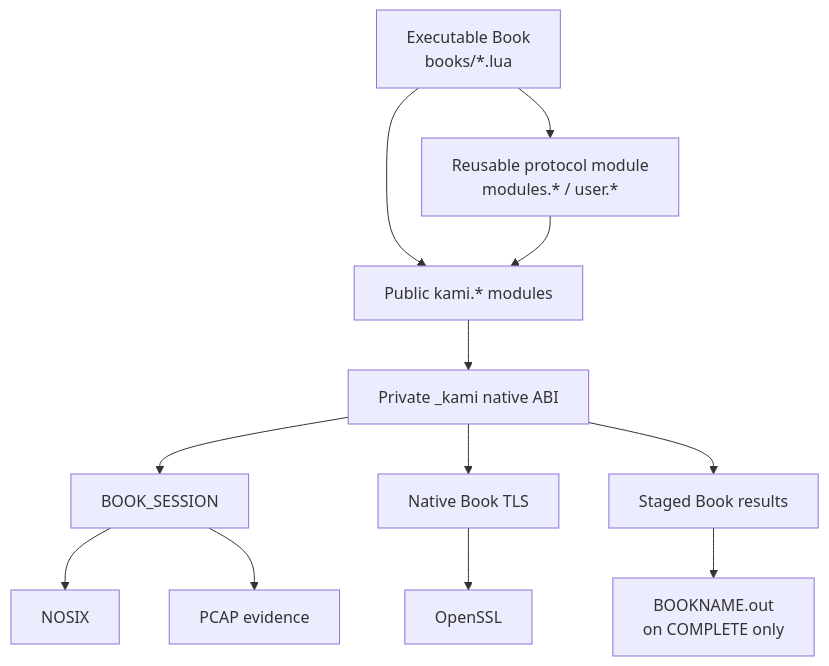
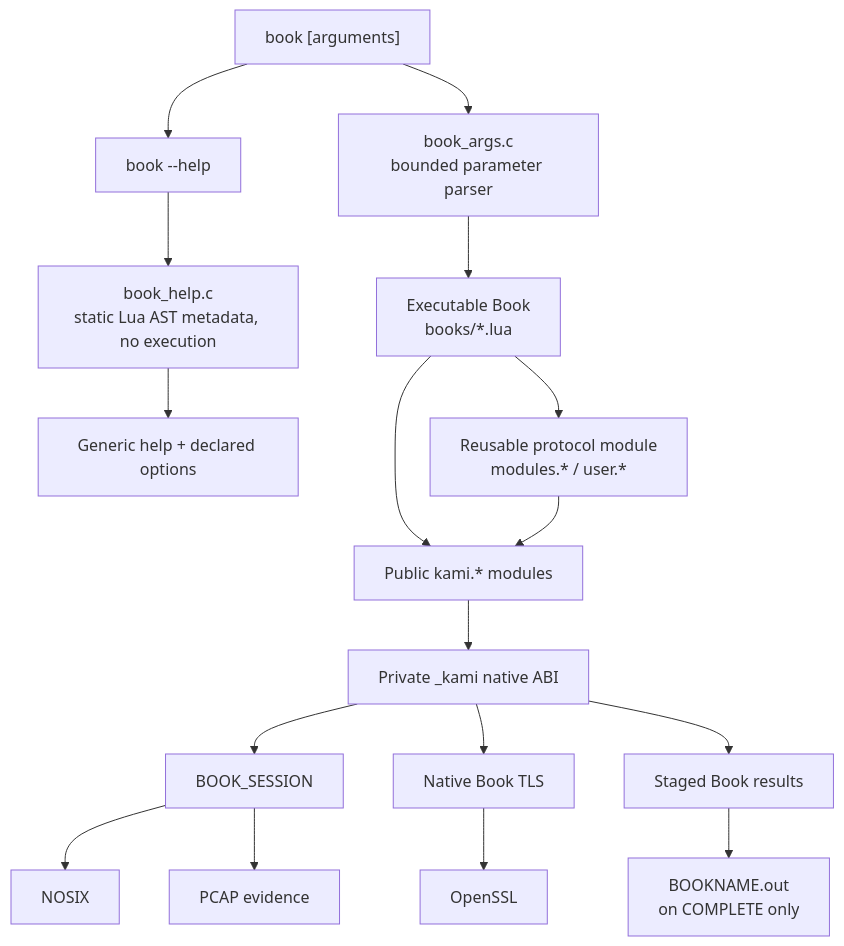
Before and after one commit to DFH-Software-Projects/kaminowaku: the first of 2 diagrams in docs/BOOK_LANGUAGE_V1.md, drawn with Mermaid. The commit also changed other lines of this file, not shown here.

Commit message:
Release 0.3.1: align Lua guide with actual args/help AST paths and permanent tests

````diff
--- a/docs/BOOK_LANGUAGE_V1.md
+++ b/docs/BOOK_LANGUAGE_V1.md
@@ -106,16 +106,21 @@
 ```mermaid
 flowchart TD
-    BOOK["Executable Book<br/>books/*.lua"] --> MODULE["Reusable protocol module<br/>modules.* / user.*"]
+    CLI["book <name> [arguments]"] --> ARGS["book_args.c<br/>bounded parameter parser"]
+    ARGS --> BOOK["Executable Book<br/>books/*.lua"]
+    CLI --> HELP["book <name> --help"]
+    HELP --> AST["book_help.c<br/>static Lua AST metadata, no execution"]
+    AST --> MENU["Generic help + declared options"]
+    BOOK --> MODULE["Reusable protocol module<br/>modules.* / user.*"]
     BOOK --> KAMI["Public kami.* modules"]
     MODULE --> KAMI
 
     KAMI --> ABI["Private _kami native ABI"]
     ABI --> SESSION["BOOK_SESSION"]
     SESSION --> NOSIX["NOSIX"]
     ABI --> TLS["Native Book TLS"]
     TLS --> OPENSSL["OpenSSL"]
     ABI --> OUTPUT["Staged Book results"]
 
     SESSION --> PCAP["PCAP evidence"]
     OUTPUT --> COMMIT["BOOKNAME.out<br/>on COMPLETE only"]
 ```
````
